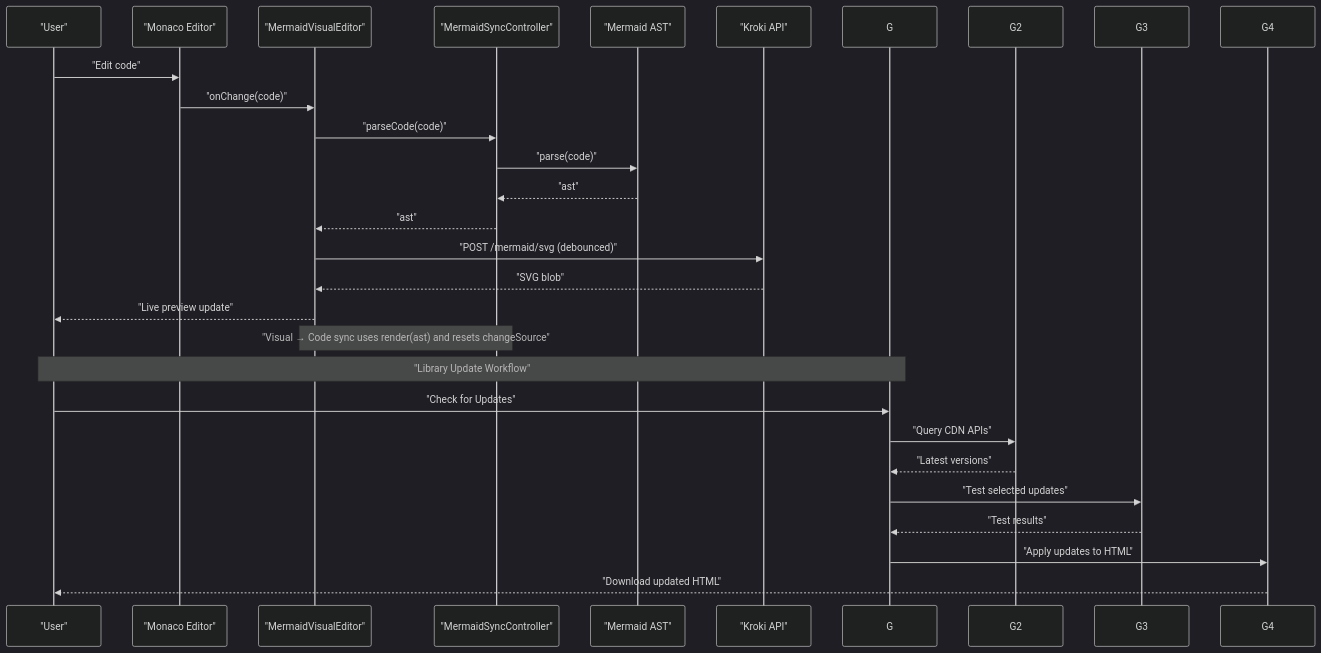
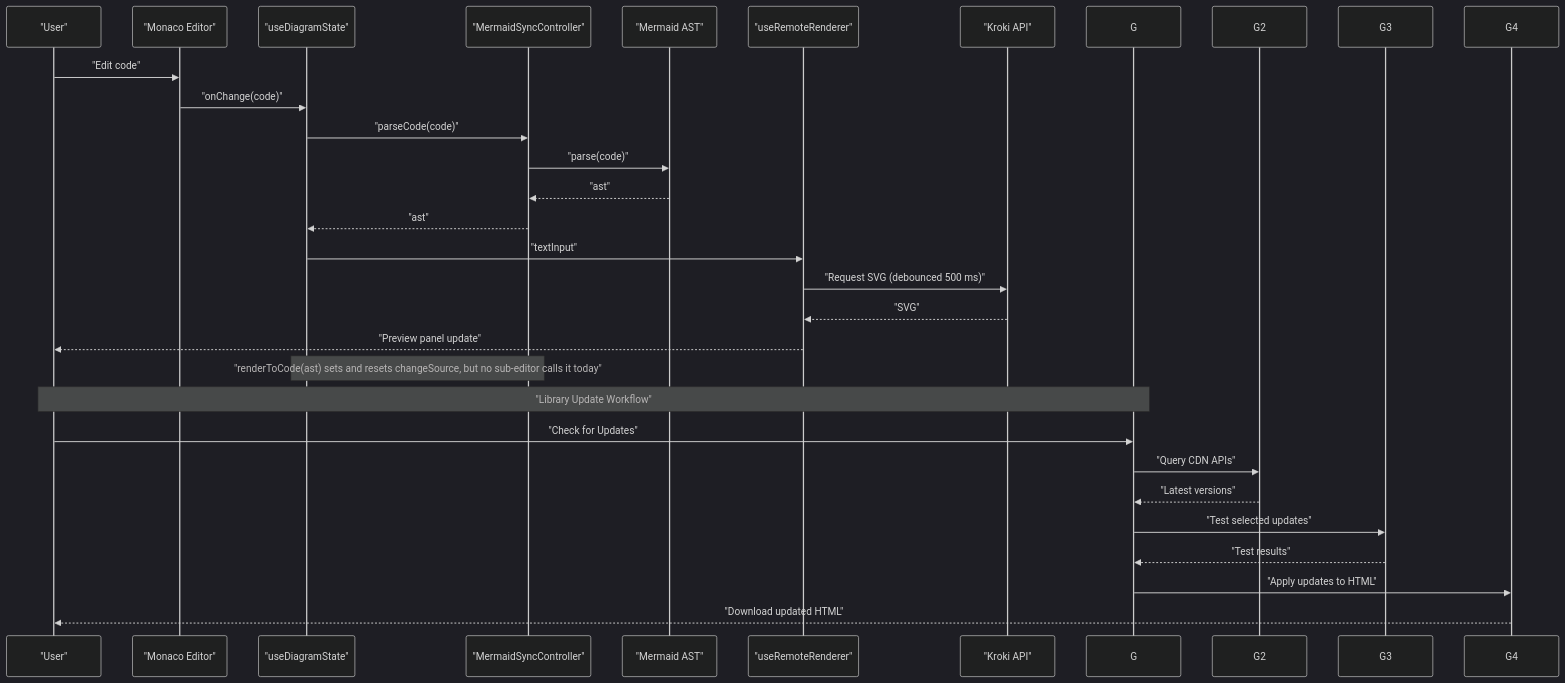
The second of 9 diagrams in .qoder/repowiki/en/content/Advanced Features/Advanced Features.md (ongchonghian/universal-diagram-editor), drawn with Mermaid (dark theme) before and after one commit. The commit also changed other lines of this file and 31 other files, not shown here.

````diff
--- a/.qoder/repowiki/en/content/Advanced Features/Advanced Features.md
+++ b/.qoder/repowiki/en/content/Advanced Features/Advanced Features.md
@@ -178,27 +172,29 @@
 ```mermaid
 sequenceDiagram
 participant U as "User"
 participant M as "Monaco Editor"
-participant VS as "MermaidVisualEditor"
+participant ST as "useDiagramState"
 participant SC as "MermaidSyncController"
 participant AST as "Mermaid AST"
+participant RR as "useRemoteRenderer"
 participant KR as "Kroki API"
 U->>M : "Edit code"
-M->>VS : "onChange(code)"
-VS->>SC : "parseCode(code)"
+M->>ST : "onChange(code)"
+ST->>SC : "parseCode(code)"
 SC->>AST : "parse(code)"
 AST-->>SC : "ast"
-SC-->>VS : "ast"
-VS->>KR : "POST /mermaid/svg (debounced)"
-KR-->>VS : "SVG blob"
-VS-->>U : "Live preview update"
-Note over VS,SC : "Visual → Code sync uses render(ast) and resets changeSource"
+SC-->>ST : "ast"
+ST->>RR : "textInput"
+RR->>KR : "Request SVG (debounced 500 ms)"
+KR-->>RR : "SVG"
+RR-->>U : "Preview panel update"
+Note over ST,SC : "renderToCode(ast) sets and resets changeSource, but no sub-editor calls it today"
 Note over U,G : "Library Update Workflow"
 U->>G : "Check for Updates"
 G->>G2 : "Query CDN APIs"
 G2-->>G : "Latest versions"
 G->>G3 : "Test selected updates"
 G3-->>G : "Test results"
 G->>G4 : "Apply updates to HTML"
 G4-->>U : "Download updated HTML"
 ```
````
